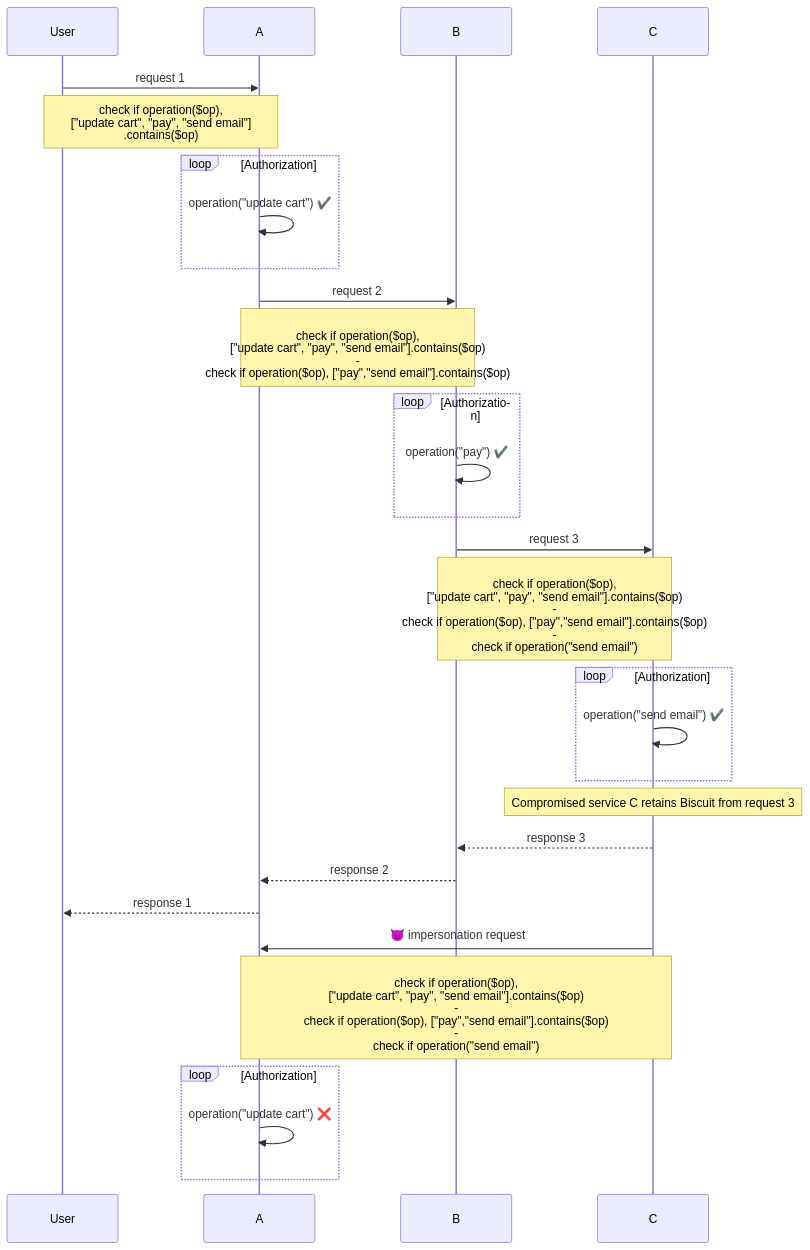
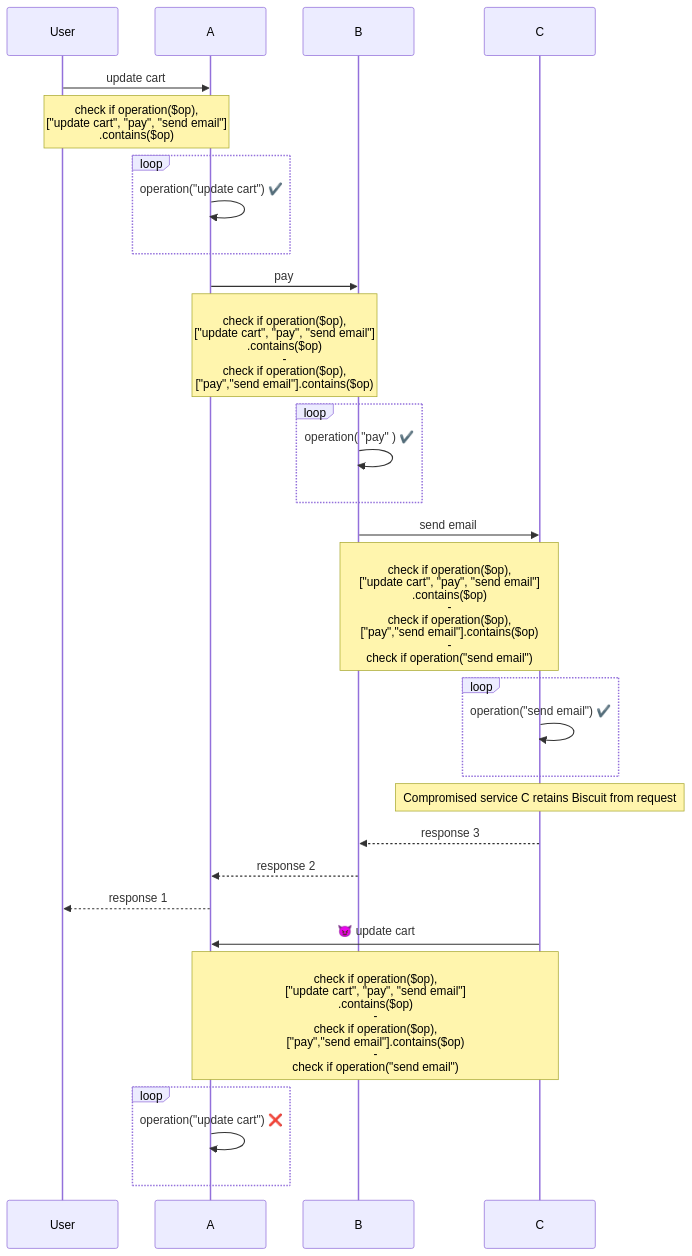
Before and after one commit to biscuit-auth/website: the diagram in static/img/microservices-biscuit1.mmd, drawn with Mermaid.

Commit message:
update diagrams

```diff
--- a/static/img/microservices-biscuit1.mmd
+++ b/static/img/microservices-biscuit1.mmd
@@ -1,30 +1,30 @@
 sequenceDiagram
     participant User
     participant A
     participant B
     participant C
-    User->>A: request 1
+    User->>A: update cart
     Note over User,A: check if operation($op), <br />["update cart", "pay", "send email"]<br/>.contains($op)
-    loop Authorization
+    loop
         A->>A: operation("update cart") ✔️
     end
-    A->>B: request 2
-    Note over A,B: <br/>check if operation($op),<br/>["update cart", "pay", "send email"].contains($op)<br/>-<br/>check if operation($op), ["pay","send email"].contains($op)
-    loop Authorization
-        B->>B: operation("pay") ✔️
+    A->>B: pay
+    Note over A,B: <br/>check if operation($op),<br/>["update cart", "pay", "send email"]<br/>.contains($op)<br/>-<br/>check if operation($op),<br/>["pay","send email"].contains($op)
+    loop
+        B->>B: operation( "pay" ) ✔️ 
     end
-    B->>C: request 3
-    Note over B,C: <br/>check if operation($op),<br/>["update cart", "pay", "send email"].contains($op)<br/>-<br/>check if operation($op), ["pay","send email"].contains($op)<br/>-<br/>check if operation("send email")
-    loop Authorization
+    B->>C: send email
+    Note over B,C: <br/>check if operation($op),<br/>["update cart", "pay", "send email"]<br/>.contains($op)<br/>-<br/>check if operation($op),<br/>["pay","send email"].contains($op)<br/>-<br/>check if operation("send email")
+    loop
         C->>C: operation("send email") ✔️
     end
      
-    Note over C: Compromised service C retains Biscuit from request 3
+    Note over C: Compromised service C retains Biscuit from request
     C-->>B: response 3
     B-->>A: response 2
     A-->>User: response 1
-    C->>A: 😈 impersonation request
-    Note over C,A: <br/>check if operation($op),<br/>["update cart", "pay", "send email"].contains($op)<br/>-<br/>check if operation($op), ["pay","send email"].contains($op)<br/>-<br/>check if operation("send email")
-    loop Authorization
+    C->>A: 😈 update cart
+    Note over C,A: <br/>check if operation($op),<br/>["update cart", "pay", "send email"]<br/>.contains($op)<br/>-<br/>check if operation($op),<br/>["pay","send email"].contains($op)<br/>-<br/>check if operation("send email")
+    loop
         A->>A: operation("update cart") ❌
     end
```
